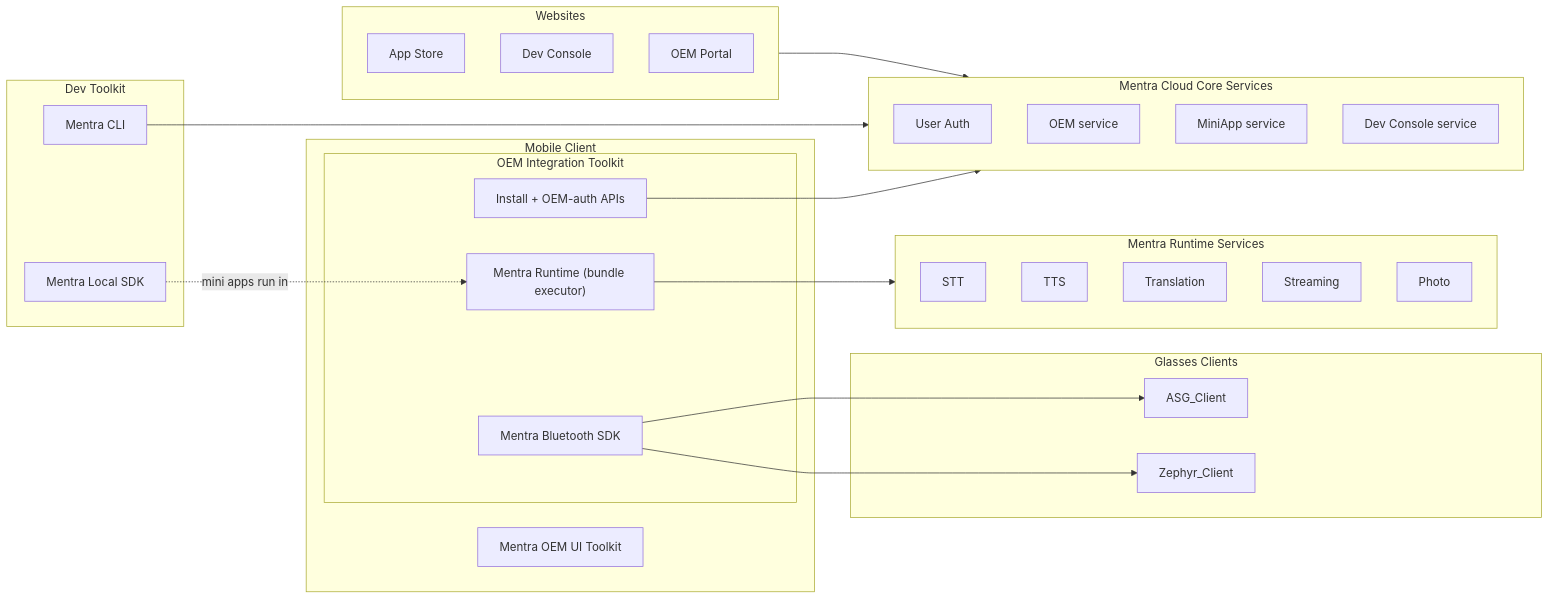
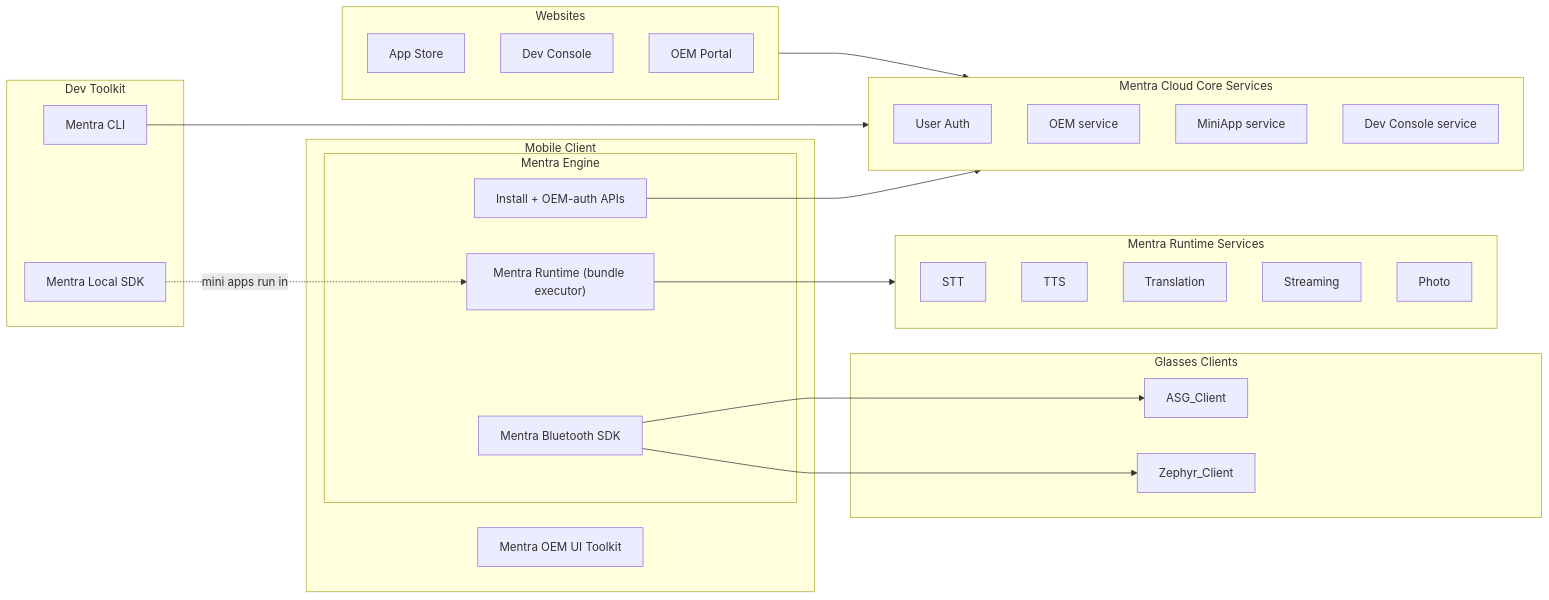
The diagram in cloud-v2/docs/mentra-overhaul-plan.md (Mentra-Community/MentraOS), drawn with Mermaid before and after one commit. The commit also changed other lines of this file and 151 other files, not shown here.

Commit message:
Rename toolkit API to engine

````diff
--- a/cloud-v2/docs/mentra-overhaul-plan.md
+++ b/cloud-v2/docs/mentra-overhaul-plan.md
@@ -100,51 +100,51 @@
 ```mermaid
 flowchart LR
   subgraph DevToolkit["Dev Toolkit"]
     LocalSDK["Mentra Local SDK"]
     CLI["Mentra CLI"]
   end
 
   subgraph MobileClient["Mobile Client"]
-    subgraph IntegrationToolkit["OEM Integration Toolkit"]
+    subgraph IntegrationEngine["Mentra Engine"]
       Runtime["Mentra Runtime (bundle executor)"]
       InstallAuth["Install + OEM-auth APIs"]
       BluetoothSDK["Mentra Bluetooth SDK"]
     end
     UIToolkit["Mentra OEM UI Toolkit"]
   end
 
   subgraph Glasses["Glasses Clients"]
     ASG["ASG_Client"]
     Zephyr["Zephyr_Client"]
   end
 
   subgraph RuntimeServices["Mentra Runtime Services"]
     STT
     TTS
     Translation
     Streaming
     Photo
   end
 
   subgraph CoreServices["Mentra Cloud Core Services"]
     UserAuth["User Auth"]
     OEMSvc["OEM service"]
     MiniAppSvc["MiniApp service"]
     DevConsoleSvc["Dev Console service"]
   end
 
   subgraph Websites["Websites"]
     AppStore["App Store"]
     DevConsoleSite["Dev Console"]
     OEMPortal["OEM Portal"]
   end
 
   BluetoothSDK --> ASG
   BluetoothSDK --> Zephyr
   Runtime --> RuntimeServices
   InstallAuth --> CoreServices
   CLI --> CoreServices
   Websites --> CoreServices
 
   LocalSDK -. "mini apps run in" .-> Runtime
 ```
````
